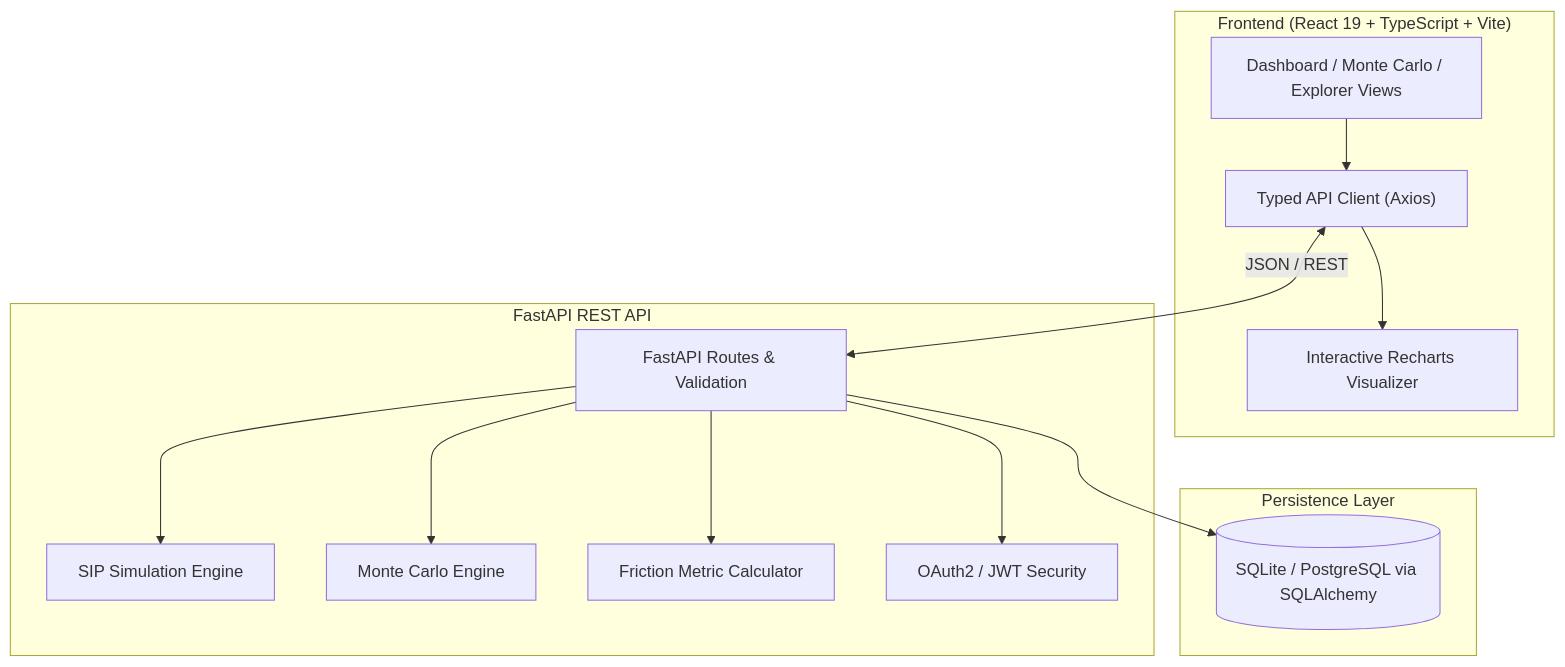
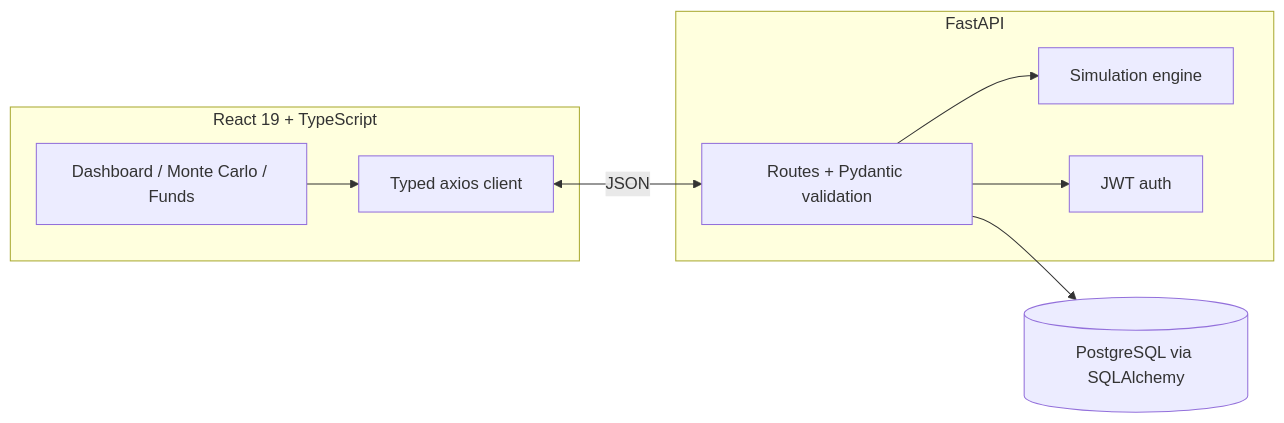
One commit to Anubhavkumarkanth/sip-friction-analyzer changed the diagram in README.md. Above: the diagram before and after it, drawn with Mermaid. The commit also changed other lines of this file, not shown here.

````diff
--- a/README.md
+++ b/README.md
@@ -26,29 +42,21 @@
 ```mermaid
-flowchart TD
-    subgraph Client ["Frontend (React 19 + TypeScript + Vite)"]
-        UI["Dashboard / Monte Carlo / Explorer Views"]
-        Axios["Typed API Client (Axios)"]
-        Recharts["Interactive Recharts Visualizer"]
+flowchart LR
+    subgraph Client ["React 19 + TypeScript"]
+        UI["Dashboard / Monte Carlo / Funds"]
+        Axios["Typed axios client"]
         UI --> Axios
-        Axios --> Recharts
     end
 
-    subgraph Backend ["FastAPI REST API"]
-        Router["FastAPI Routes & Validation"]
-        Engine["SIP Simulation Engine"]
-        Stochastic["Monte Carlo Engine"]
-        Friction["Friction Metric Calculator"]
-        Auth["OAuth2 / JWT Security"]
+    subgraph Backend ["FastAPI"]
+        Router["Routes + Pydantic validation"]
+        Engine["Simulation engine"]
+        Auth["JWT auth"]
         Router --> Engine
-        Router --> Stochastic
-        Router --> Friction
         Router --> Auth
     end
 
-    subgraph Storage ["Persistence Layer"]
-        DB[("SQLite / PostgreSQL via SQLAlchemy")]
-        Router --> DB
-    end
+    DB[("PostgreSQL via SQLAlchemy")]
 
-    Axios <-->|"JSON / REST"| Router
+    Axios <-->|JSON| Router
+    Router --> DB
 ```
````
